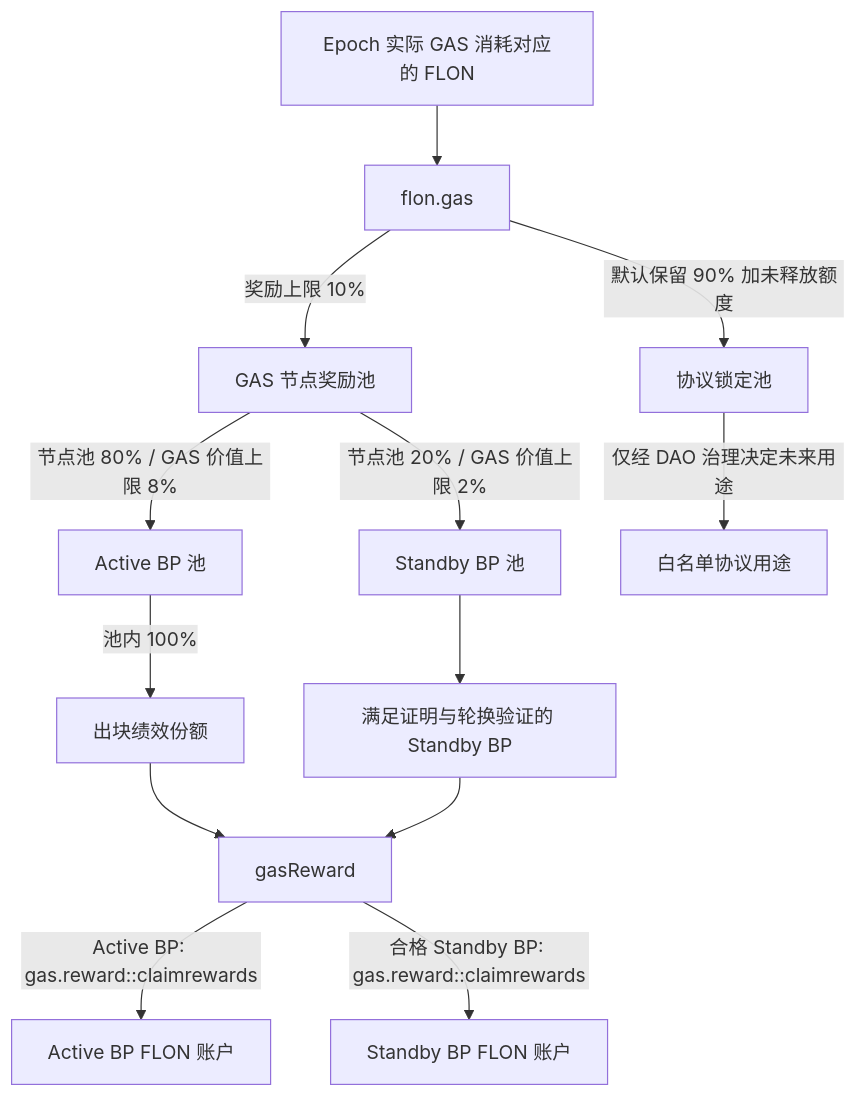
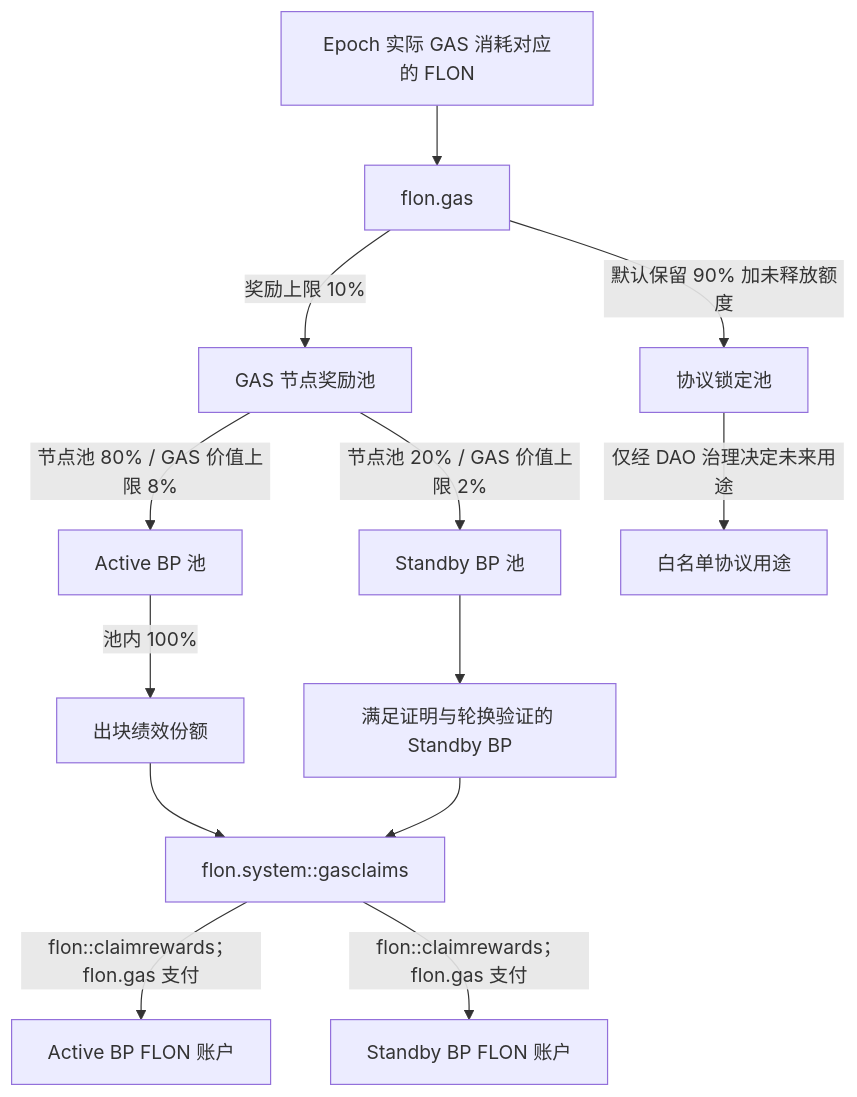
The diagram in docs/gas-node-reward-design.md (fullon-labs/flon-core), drawn with Mermaid before and after one commit. The commit also changed other lines of this file and 11 other files, not shown here.

````diff
--- a/docs/gas-node-reward-design.md
+++ b/docs/gas-node-reward-design.md
@@ -109,15 +107,15 @@
 ```mermaid
 flowchart TD
     gasUse["Epoch 实际 GAS 消耗对应的 FLON"] --> gasVault["flon.gas"]
     gasVault -->|"默认保留 90% 加未释放额度"| lockedPool["协议锁定池"]
     gasVault -->|"奖励上限 10%"| nodePool["GAS 节点奖励池"]
     nodePool -->|"节点池 80% / GAS 价值上限 8%"| activePool["Active BP 池"]
     nodePool -->|"节点池 20% / GAS 价值上限 2%"| standbyPool["Standby BP 池"]
     activePool -->|"池内 100%"| performancePool["出块绩效份额"]
     standbyPool --> standbyQualified["满足证明与轮换验证的 Standby BP"]
-    performancePool --> gasReward
-    standbyQualified --> gasReward
-    gasReward -->|"Active BP: gas.reward::claimrewards"| activeWallet["Active BP FLON 账户"]
-    gasReward -->|"合格 Standby BP: gas.reward::claimrewards"| standbyWallet["Standby BP FLON 账户"]
+    performancePool --> gasClaims["flon.system::gasclaims"]
+    standbyQualified --> gasClaims
+    gasClaims -->|"flon::claimrewards；flon.gas 支付"| activeWallet["Active BP FLON 账户"]
+    gasClaims -->|"flon::claimrewards；flon.gas 支付"| standbyWallet["Standby BP FLON 账户"]
     lockedPool -->|"仅经 DAO 治理决定未来用途"| governedUse["白名单协议用途"]
 ```
````
